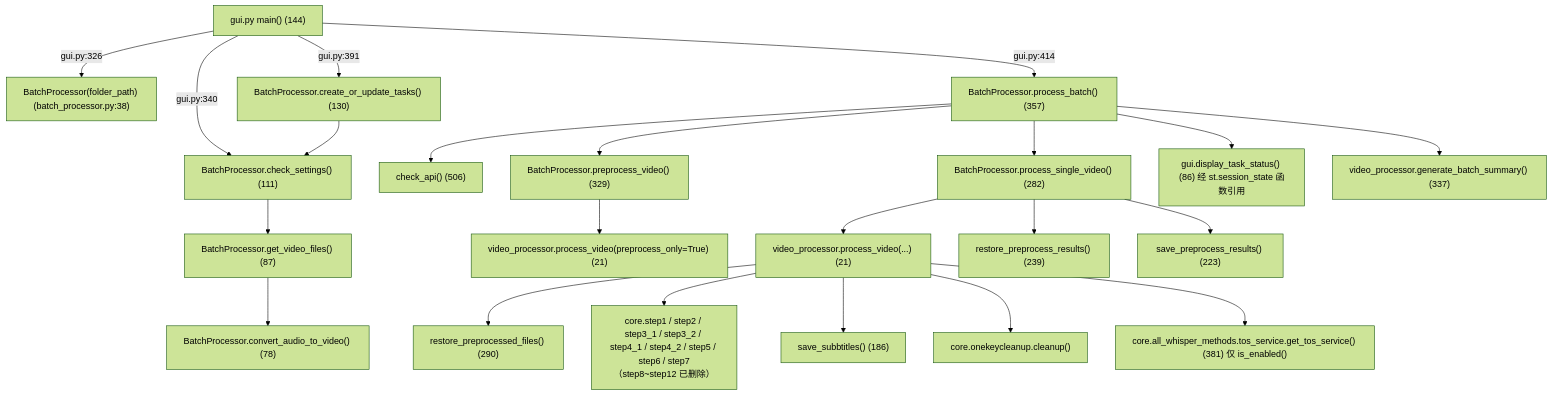
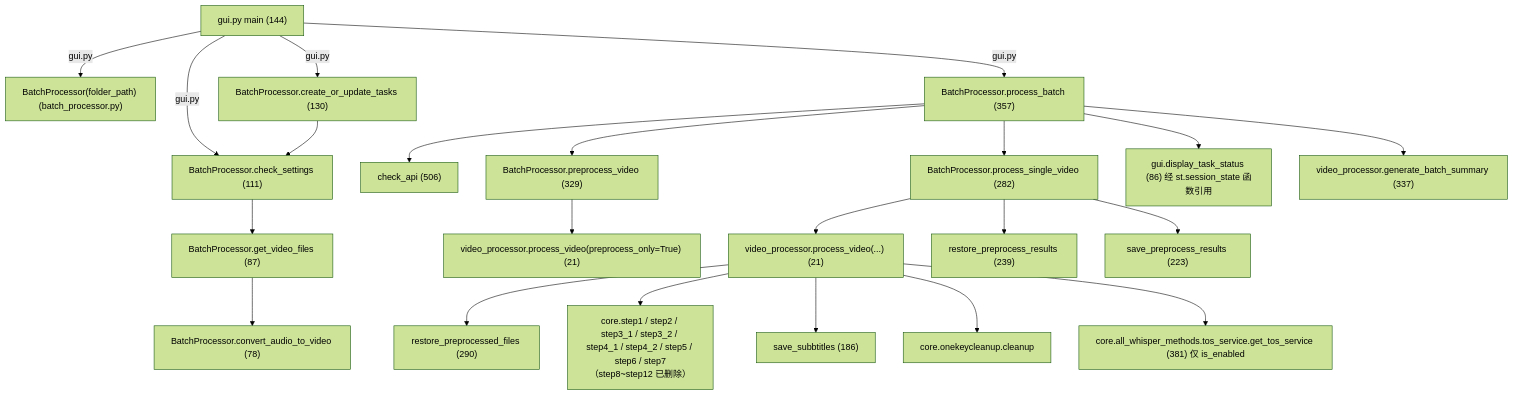
Before and after one commit to Brzjomo/VideoLingoMove: the first of 2 diagrams in devdocs/04-interfaces/03-批处理任务系统.md, drawn with Mermaid (forest theme). The commit also changed other lines of this file and 33 other files, not shown here.

````diff
--- a/devdocs/04-interfaces/03-批处理任务系统.md
+++ b/devdocs/04-interfaces/03-批处理任务系统.md
@@ -57,24 +57,24 @@
 ```mermaid
 flowchart TD
-    G["gui.py main() (144)"] -->|"gui.py:326"| BPnew["BatchProcessor(folder_path) (batch_processor.py:38)"]
-    G -->|"gui.py:340"| CS["BatchProcessor.check_settings() (111)"]
-    G -->|"gui.py:391"| COT["BatchProcessor.create_or_update_tasks() (130)"]
-    G -->|"gui.py:414"| PB["BatchProcessor.process_batch() (357)"]
-    COT --> CS
-    CS --> GVF["BatchProcessor.get_video_files() (87)"]
-    GVF --> CAV["BatchProcessor.convert_audio_to_video() (78)"]
-    PB --> API1["check_api() (506)"]
-    PB --> PSV["BatchProcessor.process_single_video() (282)"]
-    PB --> SPR["BatchProcessor.preprocess_video() (329)"]
-    PB --> DTS["gui.display_task_status() (86) 经 st.session_state 函数引用"]
-    SPR --> PV["video_processor.process_video(preprocess_only=True) (21)"]
-    PSV --> PV2["video_processor.process_video(...) (21)"]
-    PSV --> SPRES["restore_preprocess_results() (239)"]
-    PSV --> SSAVE["save_preprocess_results() (223)"]
-    PV2 --> REST["restore_preprocessed_files() (290)"]
-    PV2 --> STEPS["core.step1 / step2 / step3_1 / step3_2 / step4_1 / step4_2 / step5 / step6 / step7（step8~step12 已删除）"]
-    PV2 --> SS["save_subbtitles() (186)"]
-    PV2 --> CLN["core.onekeycleanup.cleanup()"]
-    PV2 --> TOS["core.all_whisper_methods.tos_service.get_tos_service() (381) 仅 is_enabled()"]
-    PB --> SUM["video_processor.generate_batch_summary() (337)"]
+ G["gui.py main (144)"] -->|"gui.py"| BPnew["BatchProcessor(folder_path) (batch_processor.py)"]
+ G -->|"gui.py"| CS["BatchProcessor.check_settings (111)"]
+ G -->|"gui.py"| COT["BatchProcessor.create_or_update_tasks (130)"]
+ G -->|"gui.py"| PB["BatchProcessor.process_batch (357)"]
+ COT --> CS
+ CS --> GVF["BatchProcessor.get_video_files (87)"]
+ GVF --> CAV["BatchProcessor.convert_audio_to_video (78)"]
+ PB --> API1["check_api (506)"]
+ PB --> PSV["BatchProcessor.process_single_video (282)"]
+ PB --> SPR["BatchProcessor.preprocess_video (329)"]
+ PB --> DTS["gui.display_task_status (86) 经 st.session_state 函数引用"]
+ SPR --> PV["video_processor.process_video(preprocess_only=True) (21)"]
+ PSV --> PV2["video_processor.process_video(...) (21)"]
+ PSV --> SPRES["restore_preprocess_results (239)"]
+ PSV --> SSAVE["save_preprocess_results (223)"]
+ PV2 --> REST["restore_preprocessed_files (290)"]
+ PV2 --> STEPS["core.step1 / step2 / step3_1 / step3_2 / step4_1 / step4_2 / step5 / step6 / step7（step8~step12 已删除）"]
+ PV2 --> SS["save_subbtitles (186)"]
+ PV2 --> CLN["core.onekeycleanup.cleanup"]
+ PV2 --> TOS["core.all_whisper_methods.tos_service.get_tos_service (381) 仅 is_enabled"]
+ PB --> SUM["video_processor.generate_batch_summary (337)"]
 ```
````
